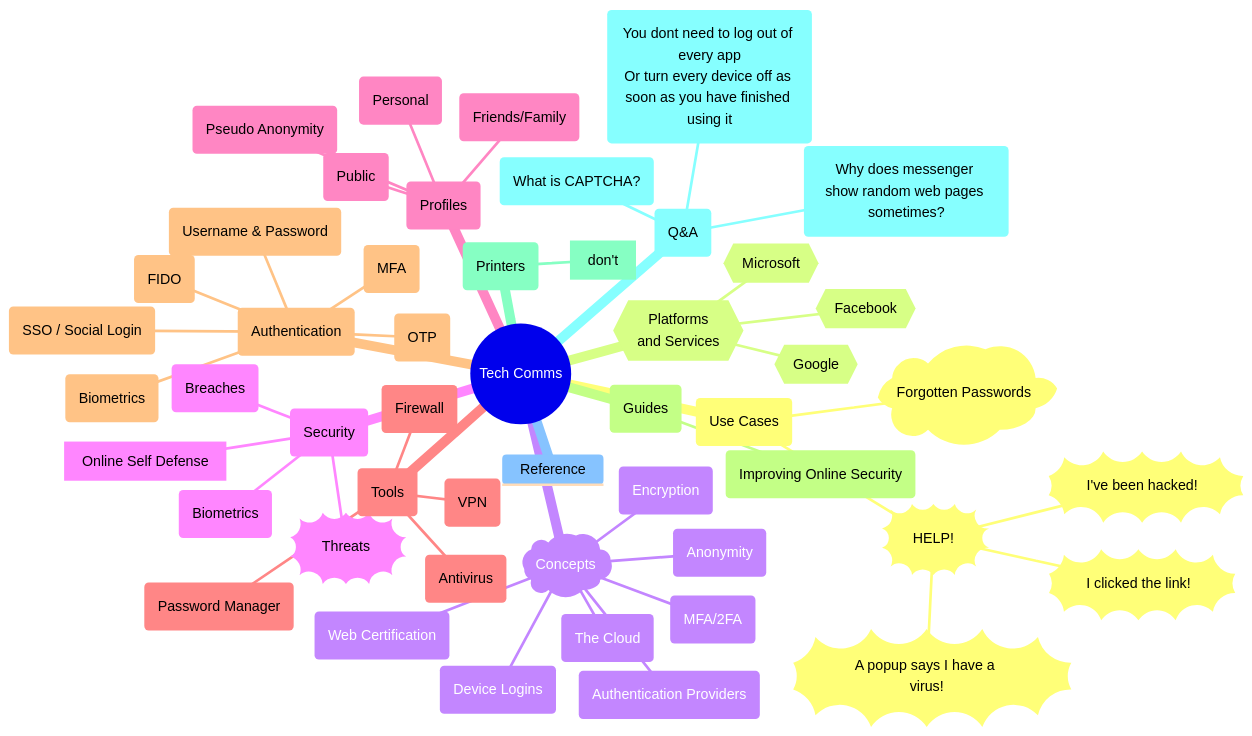
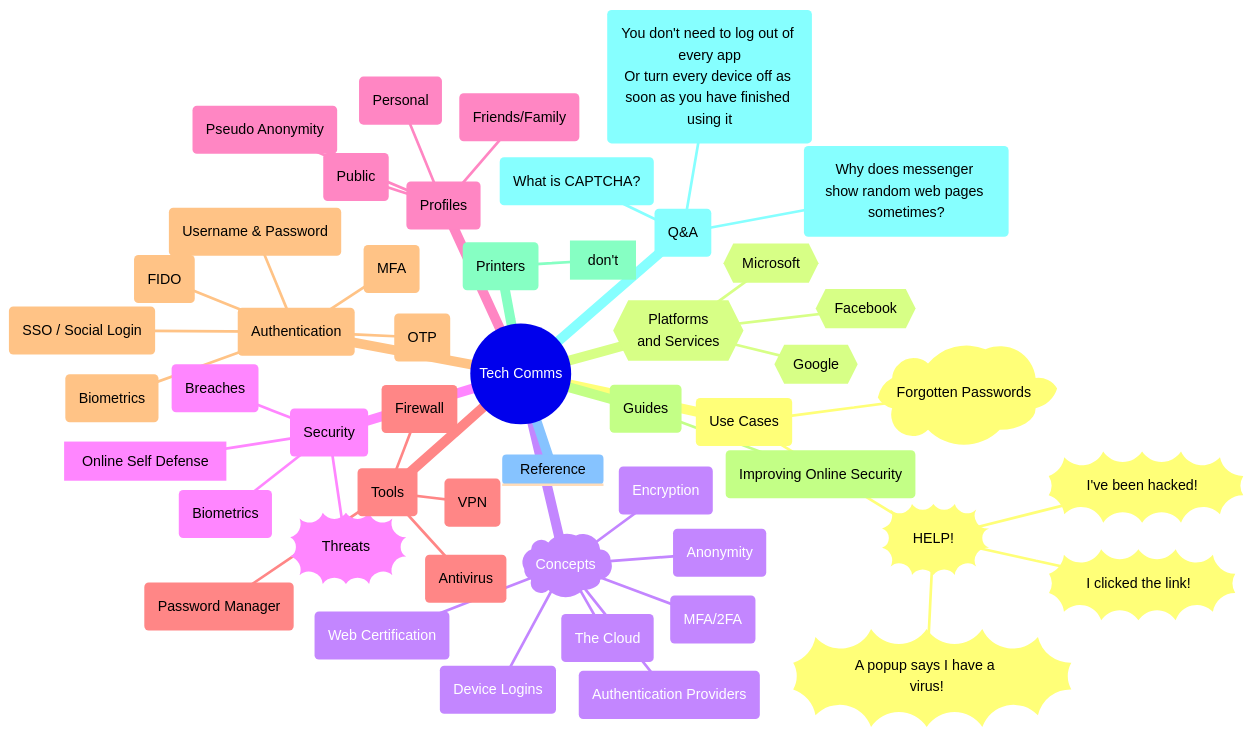
The third of 3 diagrams in Ideas.md (widerload/tech-comms), drawn with Mermaid before and after one commit. The commit also changed other lines of this file and 1 other file, not shown here.

Commit message:
Added priorities to todo shuffled some of todo around resolved formatting smells from ideas

````diff
--- a/Ideas.md
+++ b/Ideas.md
@@ -63,56 +64,56 @@
 ```mermaid
 mindmap
     root(("Tech Comms"))
         uc("Use Cases")
             help))"HELP!"((
                 link))"I clicked the link!"((
                 hacked))"I've been hacked!"((
                 popup))"A popup says I have a virus!"((
             fp)"Forgotten Passwords"(
         {{"Platforms 
         and Services"}}
             {{"Microsoft"}}
             {{"Google"}}
             {{"Facebook"}}
         )"Concepts"(
             ("Web Certification")
             ("Authentication Providers")
             ("MFA/2FA")
             ("Device Logins")
             ("Anonymity")
             ("The Cloud")
             ("Encryption")
         ("Security")
             ))"Threats"((
             ["Online Self Defense"]
             ("Biometrics")
             ("Breaches")
         ("Profiles")
             ("Public")
             ("Friends/Family")
             ("Personal")
             ("Pseudo Anonymity")
         ("Tools")
             ("Antivirus")
             ("VPN")
             ("Password Manager")
             ("Firewall")
         ("Authentication")
             ("Username & Password")
             ("MFA")
             ("Biometrics")
             ("SSO / Social Login")
             ("FIDO")
             ("OTP")
         ("Guides")
             ("Improving Online Security")
 
         ("Printers")
             ["don't"]
         ("Q&A")
             ("Why does messenger show random web pages sometimes?")
-            ("You dont need to log out of every app
+            ("You don't need to log out of every app
             Or turn every device off as soon as you have finished using it")
             ("What is CAPTCHA?")
         Reference
 ```
````
